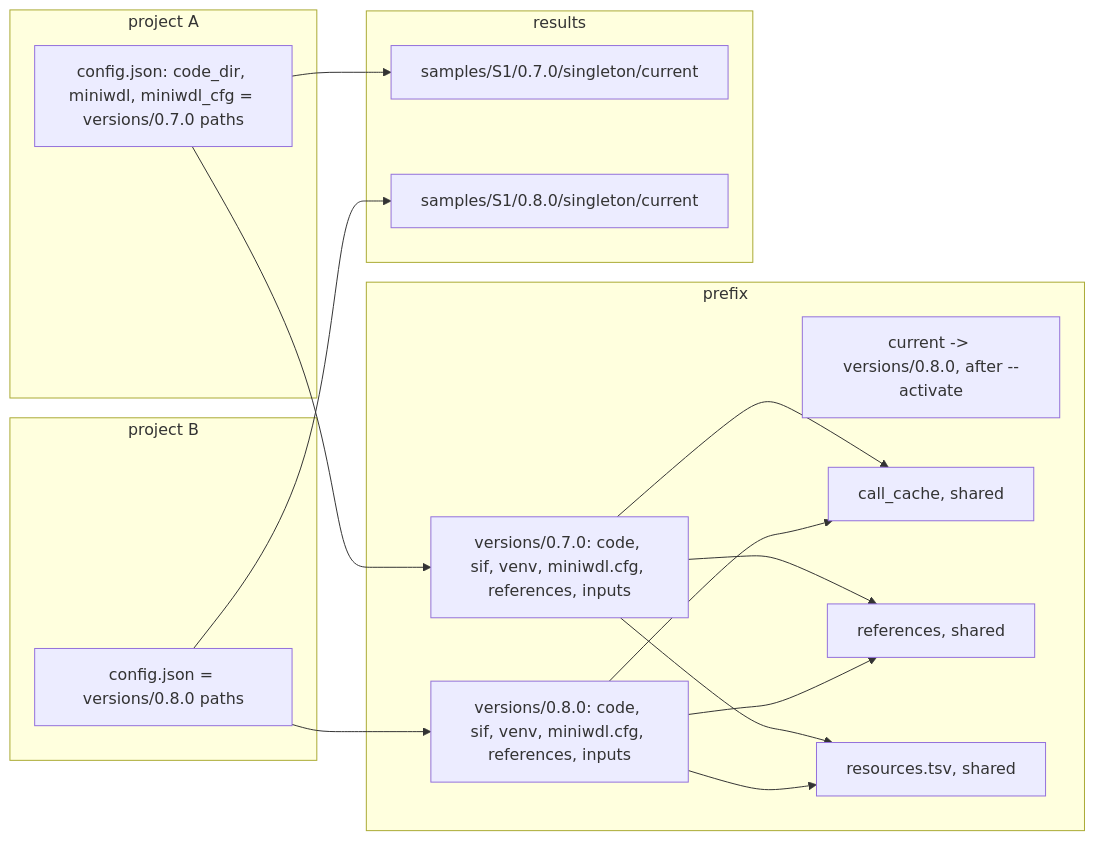
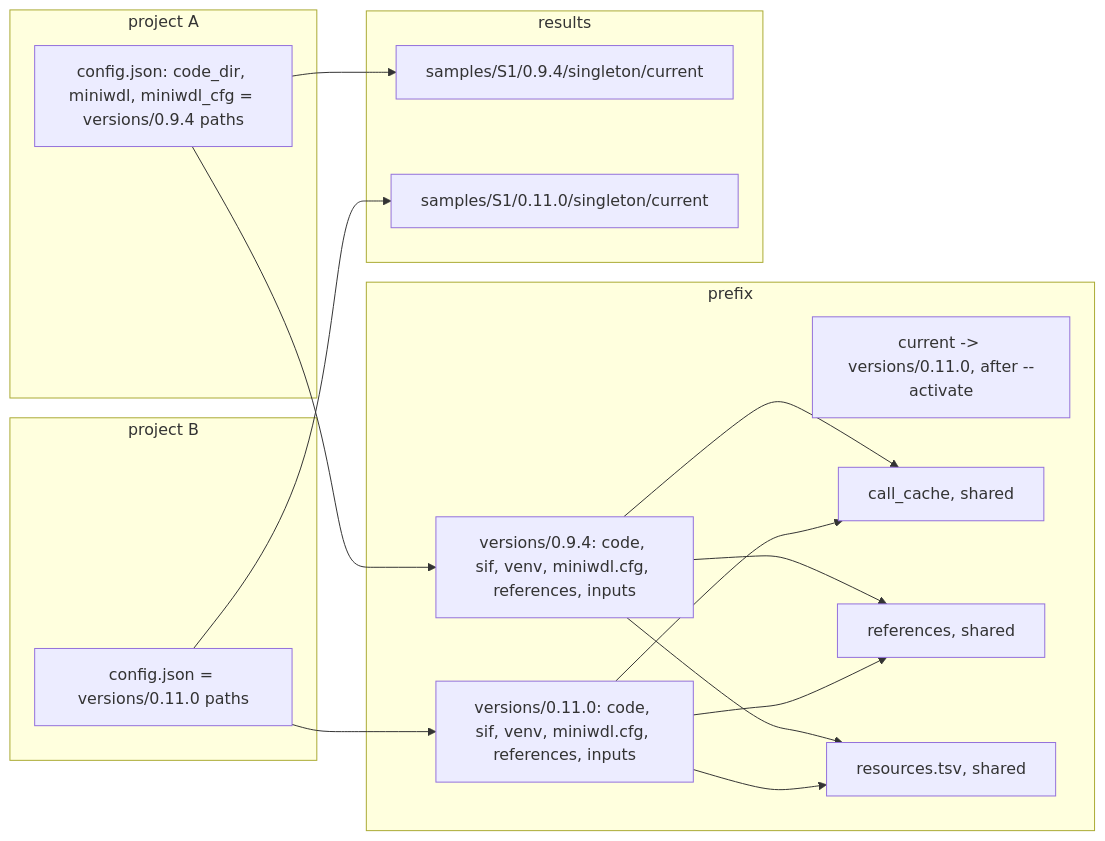
Before and after one commit to UppsalaGenomeCenter/ugc-wgw: the diagram in docs/guide/10-upgrading.md, drawn with Mermaid. The commit also changed other lines of this file and 44 other files, not shown here.

````diff
--- a/docs/guide/10-upgrading.md
+++ b/docs/guide/10-upgrading.md
@@ -5,31 +5,31 @@
 ```mermaid
 flowchart LR
   subgraph prefix["prefix"]
-    v1["versions/0.7.0: code, sif, venv, miniwdl.cfg, references, inputs"]
-    v2["versions/0.8.0: code, sif, venv, miniwdl.cfg, references, inputs"]
-    cur["current -> versions/0.8.0, after --activate"]
+    v1["versions/0.9.4: code, sif, venv, miniwdl.cfg, references, inputs"]
+    v2["versions/0.11.0: code, sif, venv, miniwdl.cfg, references, inputs"]
+    cur["current -> versions/0.11.0, after --activate"]
     cc["call_cache, shared"]
     refs["references, shared"]
     pol["resources.tsv, shared"]
   end
   subgraph proj["project A"]
-    cfgA["config.json: code_dir, miniwdl, miniwdl_cfg = versions/0.7.0 paths"]
+    cfgA["config.json: code_dir, miniwdl, miniwdl_cfg = versions/0.9.4 paths"]
   end
   subgraph proj2["project B"]
-    cfgB["config.json = versions/0.8.0 paths"]
+    cfgB["config.json = versions/0.11.0 paths"]
   end
   subgraph res["results"]
-    r1["samples/S1/0.7.0/singleton/current"]
-    r2["samples/S1/0.8.0/singleton/current"]
+    r1["samples/S1/0.9.4/singleton/current"]
+    r2["samples/S1/0.11.0/singleton/current"]
   end
   cfgA --> v1
   cfgB --> v2
   v1 --> cc
   v2 --> cc
   v1 --> refs
   v2 --> refs
   v1 --> pol
   v2 --> pol
   cfgA --> r1
   cfgB --> r2
 ```
````
